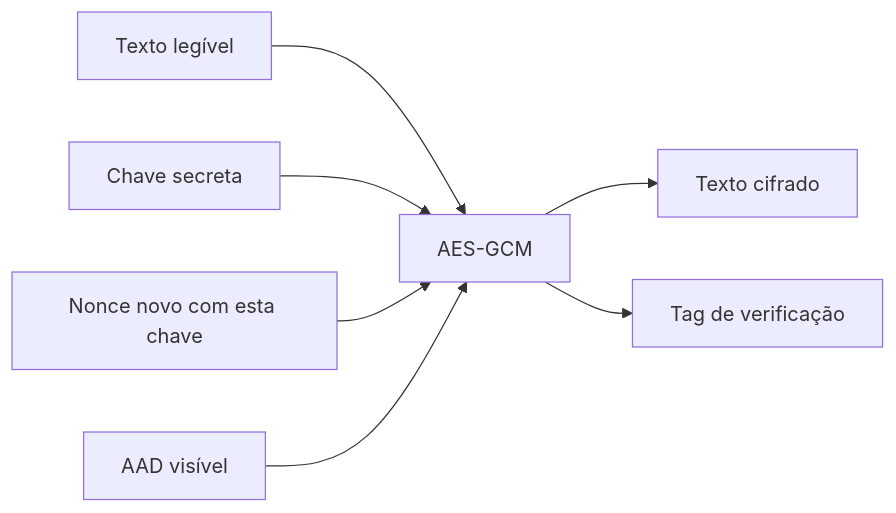
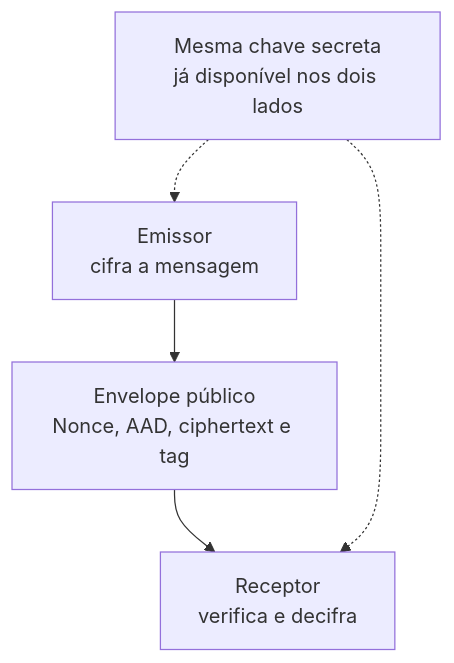
One commit to rafaelrezo/seguranca-digital changed the fifth of 7 diagrams in docs/aulas/A14-cifra-simetrica-autenticada.md. Above: the diagram before and after it, drawn with Mermaid. The commit also changed other lines of this file and 15 other files, not shown here.

Commit message:
Reconcilia A14 com envelope GCM e distribuição de chaves; move hash para A16

````diff
--- a/docs/aulas/A14-cifra-simetrica-autenticada.md
+++ b/docs/aulas/A14-cifra-simetrica-autenticada.md
@@ -207,9 +196,7 @@
 ```mermaid
-flowchart LR
-    P[Texto legível] --> G[AES-GCM]
-    K[Chave secreta] --> G
-    N[Nonce novo com esta chave] --> G
-    A[AAD visível] --> G
-    G --> C[Texto cifrado]
-    G --> T[Tag de verificação]
+flowchart TB
+    E[Emissor<br/>cifra a mensagem] --> P[Envelope público<br/>Nonce, AAD, ciphertext e tag]
+    P --> R[Receptor<br/>verifica e decifra]
+    K[Mesma chave secreta<br/>já disponível nos dois lados] -.-> E
+    K -.-> R
 ```
````
